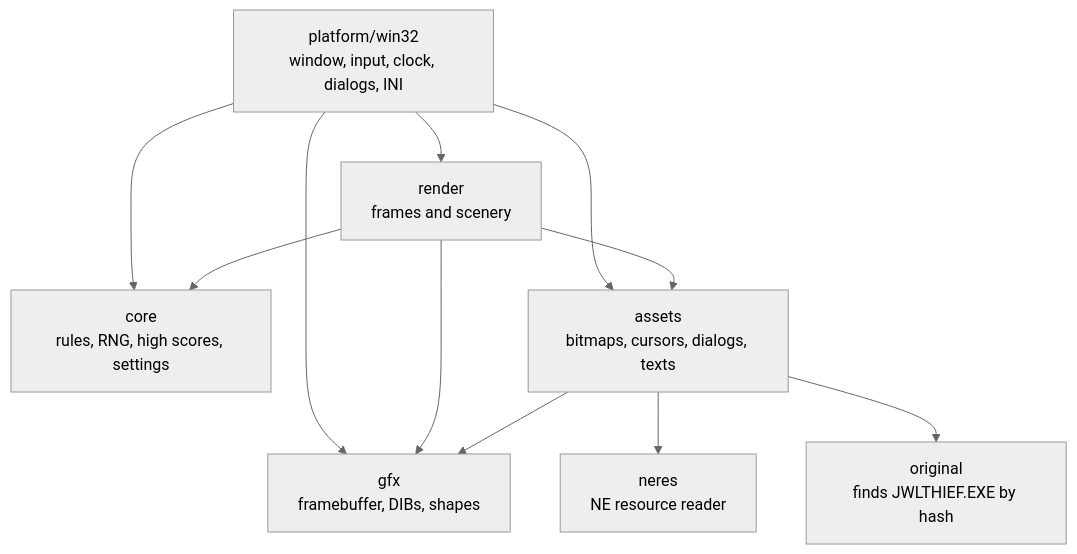
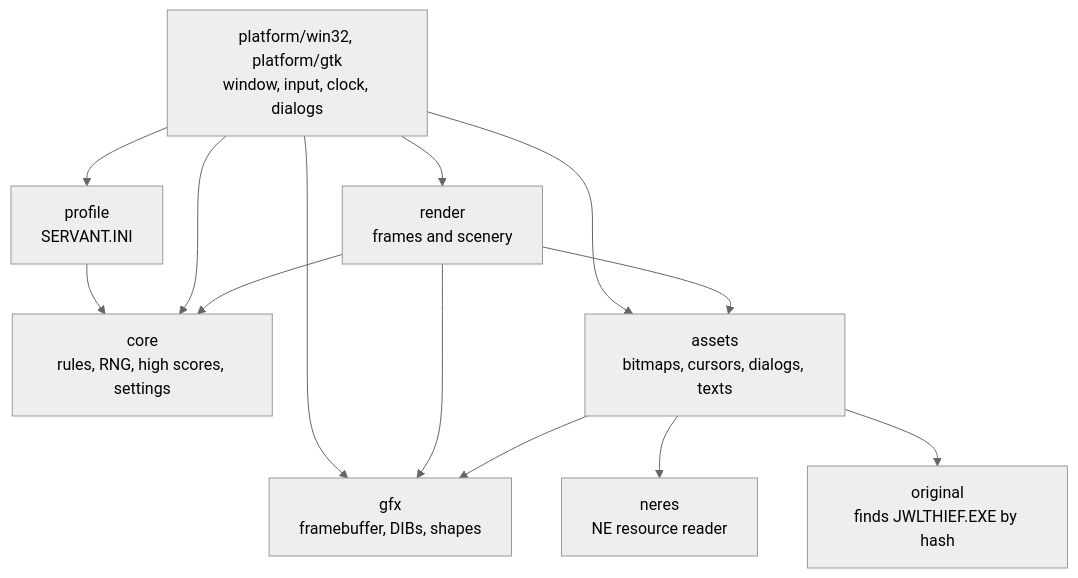
Before and after one commit to hfantini/ai_recompilation_jthief: the diagram in README.md, drawn with Mermaid (neutral theme). The commit also changed other lines of this file and 18 other files, not shown here.

First line of the commit message:
feat: add the Linux port with a GTK 4 platform layer

````diff
--- a/README.md
+++ b/README.md
@@ -107,21 +116,24 @@
 ```mermaid
 flowchart TD
-    platform["platform/win32<br/>window, input, clock, dialogs, INI"]
+    platform["platform/win32, platform/gtk<br/>window, input, clock, dialogs"]
+    profile["profile<br/>SERVANT.INI"]
     render["render<br/>frames and scenery"]
     core["core<br/>rules, RNG, high scores, settings"]
     gfx["gfx<br/>framebuffer, DIBs, shapes"]
     assets["assets<br/>bitmaps, cursors, dialogs, texts"]
     neres["neres<br/>NE resource reader"]
     original["original<br/>finds JWLTHIEF.EXE by hash"]
 
     platform --> render
+    platform --> profile
+    profile --> core
     platform --> gfx
     platform --> core
     platform --> assets
     render --> core
     render --> gfx
     render --> assets
     assets --> gfx
     assets --> neres
     assets --> original
 ```
````
